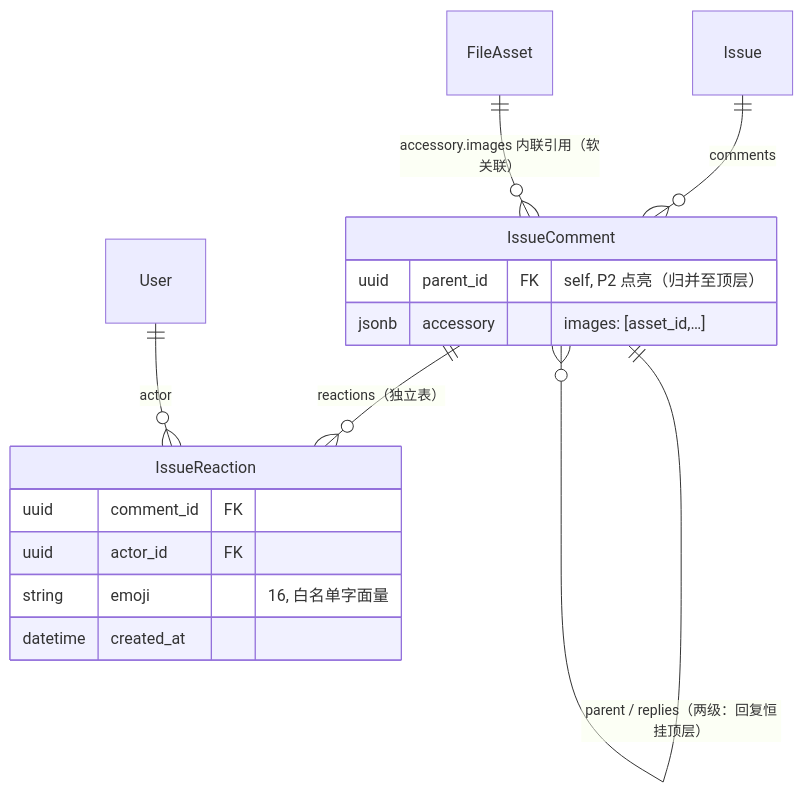
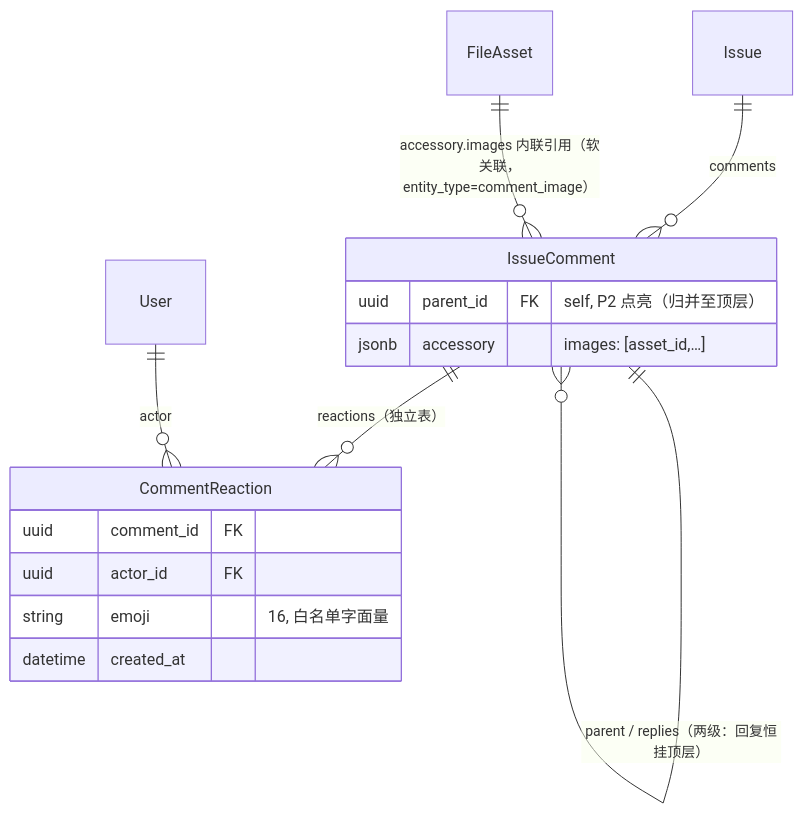
Before and after one commit to RabbitAI-Lab/RabbitProjects: the fifth of 5 diagrams in docs/sprint-3-views-collab/COLLAB-002-thread-reply.md, drawn with Mermaid. The commit also changed other lines of this file and 1 other file, not shown here.

````diff
--- a/docs/sprint-3-views-collab/COLLAB-002-thread-reply.md
+++ b/docs/sprint-3-views-collab/COLLAB-002-thread-reply.md
@@ -418,19 +418,19 @@
 ```mermaid
 erDiagram
     Issue ||--o{ IssueComment : "comments"
     IssueComment ||--o{ IssueComment : "parent / replies（两级：回复恒挂顶层）"
-    IssueComment ||--o{ IssueReaction : "reactions（独立表）"
-    User ||--o{ IssueReaction : "actor"
-    FileAsset ||--o{ IssueComment : "accessory.images 内联引用（软关联）"
+    IssueComment ||--o{ CommentReaction : "reactions（独立表）"
+    User ||--o{ CommentReaction : "actor"
+    FileAsset ||--o{ IssueComment : "accessory.images 内联引用（软关联，entity_type=comment_image）"
 
-    IssueReaction {
+    CommentReaction {
         uuid comment_id FK
         uuid actor_id FK
         string emoji "16, 白名单字面量"
         datetime created_at
     }
     IssueComment {
         uuid parent_id FK "self, P2 点亮（归并至顶层）"
         jsonb accessory "images: [asset_id,…]"
     }
 ```
````
